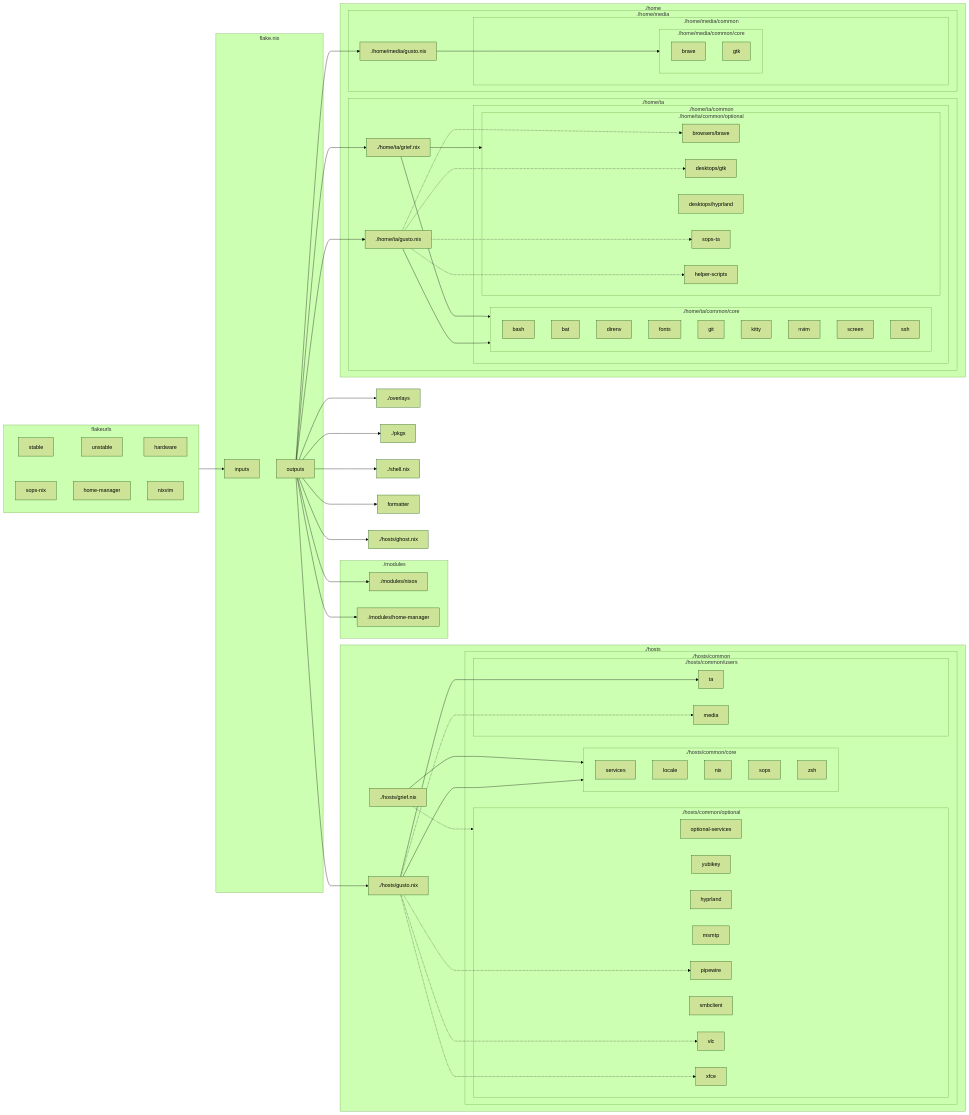
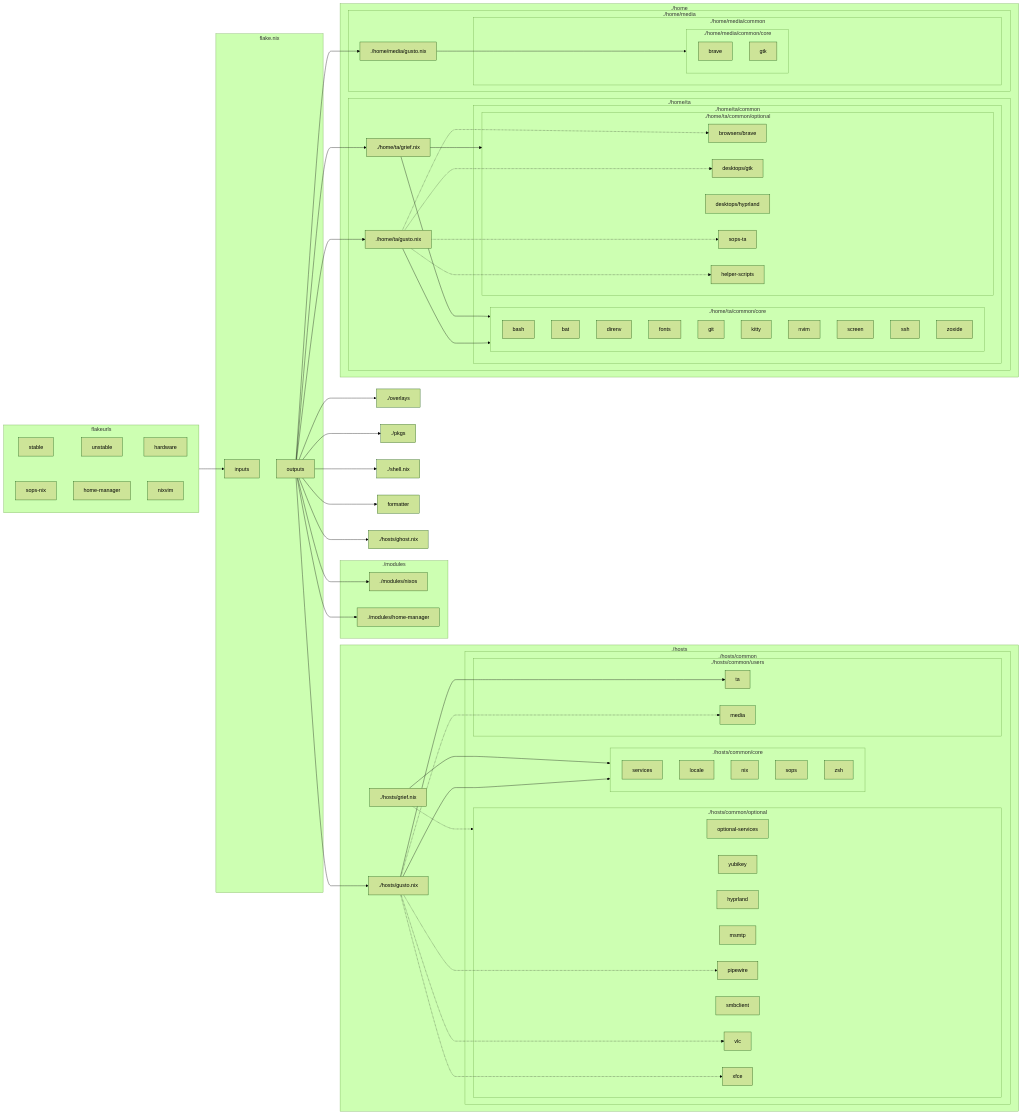
Before and after one commit to DrymarchonShaun/nix-config: the diagram in docs/anatomy.md, drawn with Mermaid (forest theme). The commit also changed 3 other files, not shown here.

```diff
--- a/docs/anatomy.md
+++ b/docs/anatomy.md
@@ -79,6 +79,7 @@
           nvim
           screen
           ssh
+          zoxide
           zsh
         end
         subgraph ./home/ta/common/optional
```
